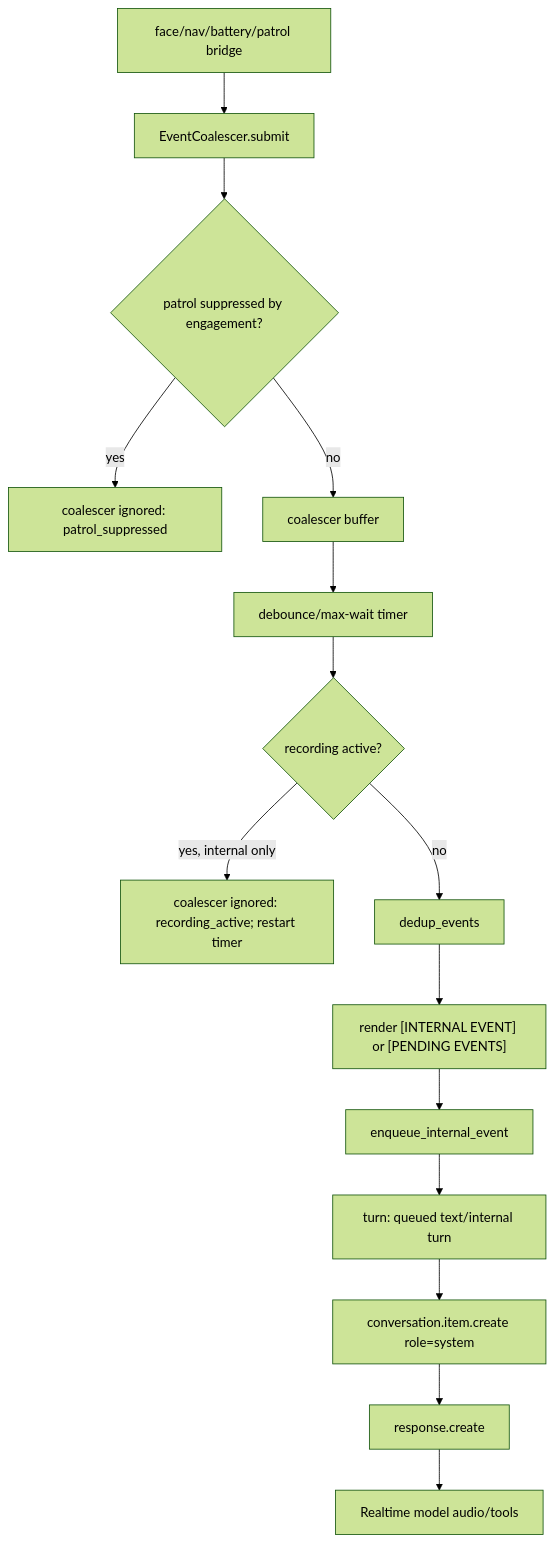
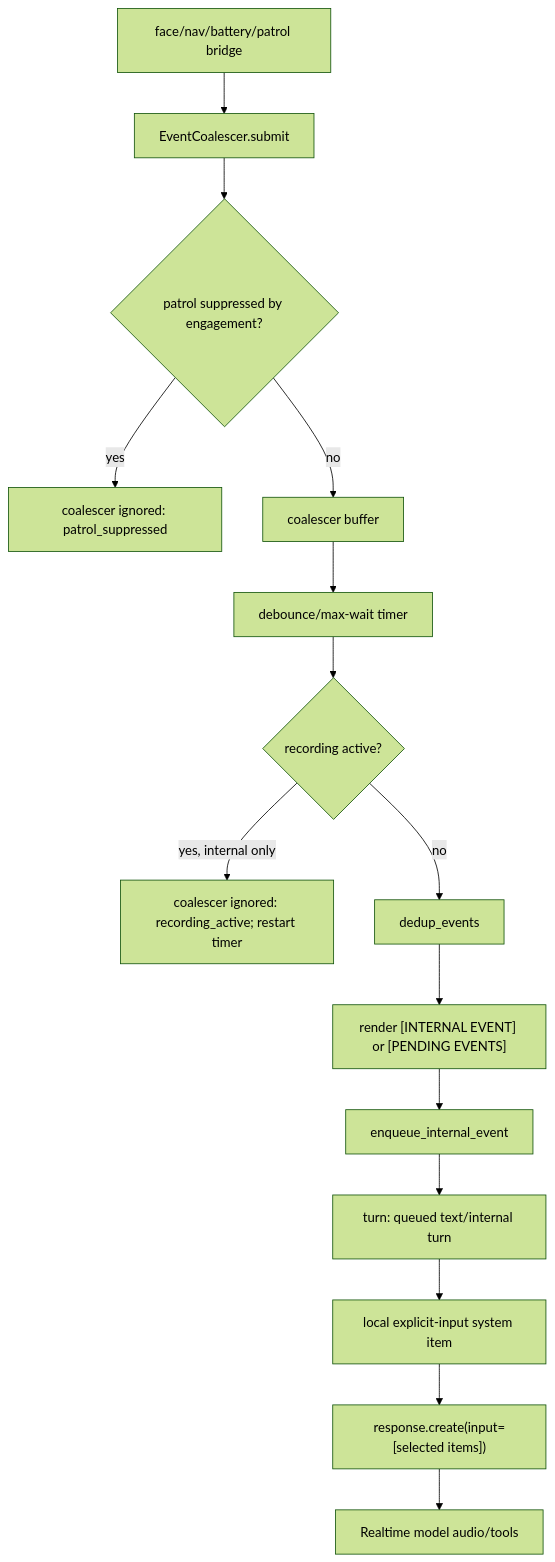
One commit to spatil2-chwy/argos-agent changed the third of 5 diagrams in docs/realtime_state_machine_diagram.md. Above: the diagram before and after it, drawn with Mermaid (forest theme). The commit also changed 20 other files, not shown here.

````diff
--- a/docs/realtime_state_machine_diagram.md
+++ b/docs/realtime_state_machine_diagram.md
@@ -108,17 +108,17 @@
 ```mermaid
 flowchart TD
     sensors["face/nav/battery/patrol bridge"] --> submit["EventCoalescer.submit"]
     submit --> suppress{"patrol suppressed by engagement?"}
     suppress -->|"yes"| ignored["coalescer ignored: patrol_suppressed"]
     suppress -->|"no"| buffer["coalescer buffer"]
     buffer --> debounce["debounce/max-wait timer"]
     debounce --> recording{"recording active?"}
     recording -->|"yes, internal only"| defer["coalescer ignored: recording_active; restart timer"]
     recording -->|"no"| dedup["dedup_events"]
     dedup --> render["render [INTERNAL EVENT] or [PENDING EVENTS]"]
     render --> enqueue["enqueue_internal_event"]
     enqueue --> textTurn["turn: queued text/internal turn"]
-    textTurn --> item["conversation.item.create role=system"]
-    item --> response["response.create"]
+    textTurn --> item["local explicit-input system item"]
+    item --> response["response.create(input=[selected items])"]
     response --> model["Realtime model audio/tools"]
 ```
````
